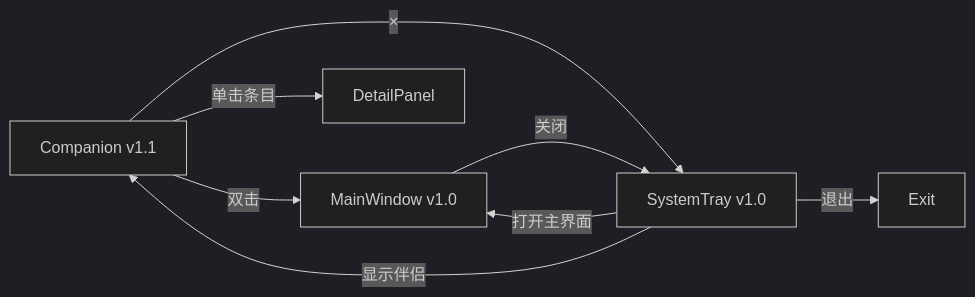
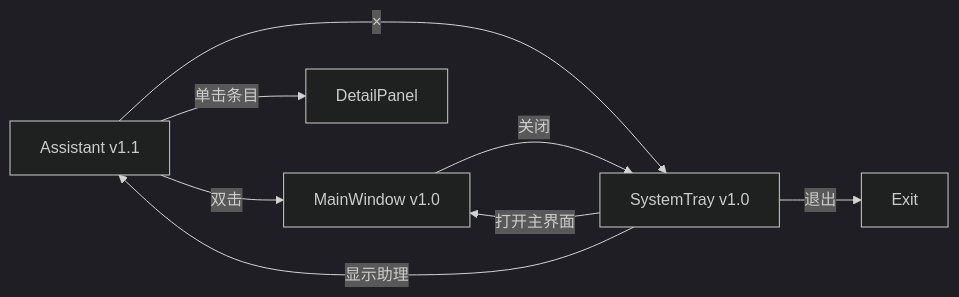
The second of 2 diagrams in doc/产品需求.md (ForOnly/only-todo), drawn with Mermaid (dark theme) before and after one commit. The commit also changed other lines of this file and 8 other files, not shown here.

````diff
--- a/doc/产品需求.md
+++ b/doc/产品需求.md
@@ -190,15 +190,15 @@
 ```mermaid
 flowchart LR
-    companion[Companion v1.1]
+    companion[Assistant v1.1]
     mainWin[MainWindow v1.0]
     tray[SystemTray v1.0]
     detailPanel[DetailPanel]
 
     companion -->|"单击条目"| detailPanel
     companion -->|"双击"| mainWin
     companion -->|"×"| tray
     mainWin -->|"关闭"| tray
     tray -->|"打开主界面"| mainWin
-    tray -->|"显示伴侣"| companion
+    tray -->|"显示助理"| companion
     tray -->|"退出"| exitNode[Exit]
 ```
````
